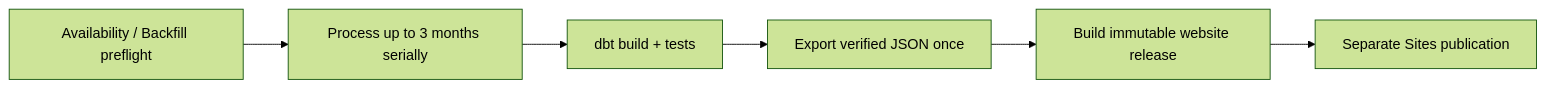
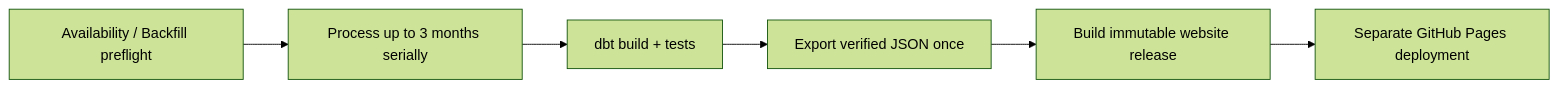
The second of 2 diagrams in README.md (sunhua12/000-trade-analytics), drawn with Mermaid (forest theme) before and after one commit. The commit also changed other lines of this file, not shown here.

Commit message:
docs: update README for public GitHub Pages

````diff
--- a/README.md
+++ b/README.md
@@ -152,8 +155,8 @@
 ```mermaid
 flowchart LR
     A[Availability / Backfill preflight] --> B[Process up to 3 months serially]
     B --> T[dbt build + tests]
     T --> J[Export verified JSON once]
     J --> W[Build immutable website release]
-    W --> P[Separate Sites publication]
+    W --> P[Separate GitHub Pages deployment]
 ```
````
